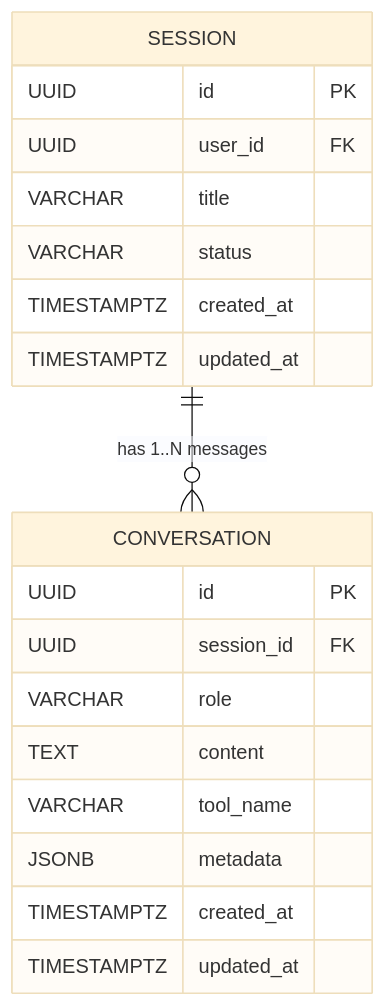
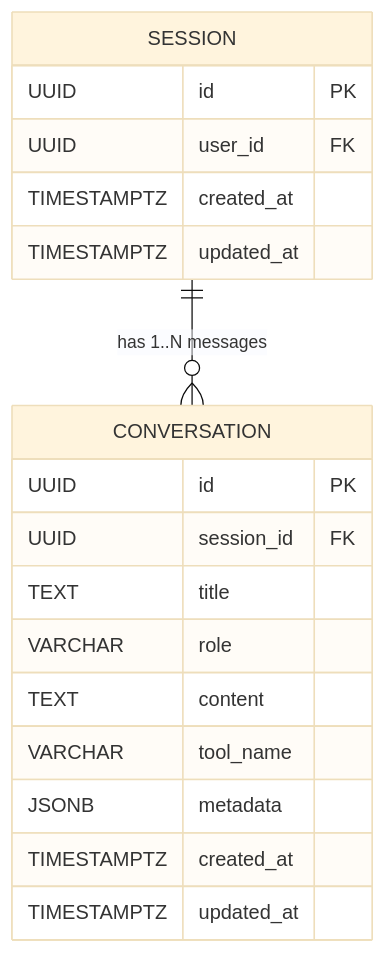
Before and after one commit to tuongnlc/finance-ai-engineer: the second of 2 diagrams in ai_engineer/ai_chatbot/README.MD, drawn with Mermaid (base theme). The commit also changed 5 other files, not shown here.

````diff
--- a/ai_engineer/ai_chatbot/README.MD
+++ b/ai_engineer/ai_chatbot/README.MD
@@ -28,24 +28,23 @@
 ```mermaid
 erDiagram
     SESSION {
         UUID id PK
         UUID user_id FK
-        VARCHAR title
-        VARCHAR status
         TIMESTAMPTZ created_at
         TIMESTAMPTZ updated_at
     }
 
     CONVERSATION {
         UUID id PK
         UUID session_id FK
+        TEXT title
         VARCHAR role
         TEXT content
         VARCHAR tool_name
         JSONB metadata
         TIMESTAMPTZ created_at
         TIMESTAMPTZ updated_at
     }
 
     SESSION ||--o{ CONVERSATION : "has 1..N messages"
 ```
````
